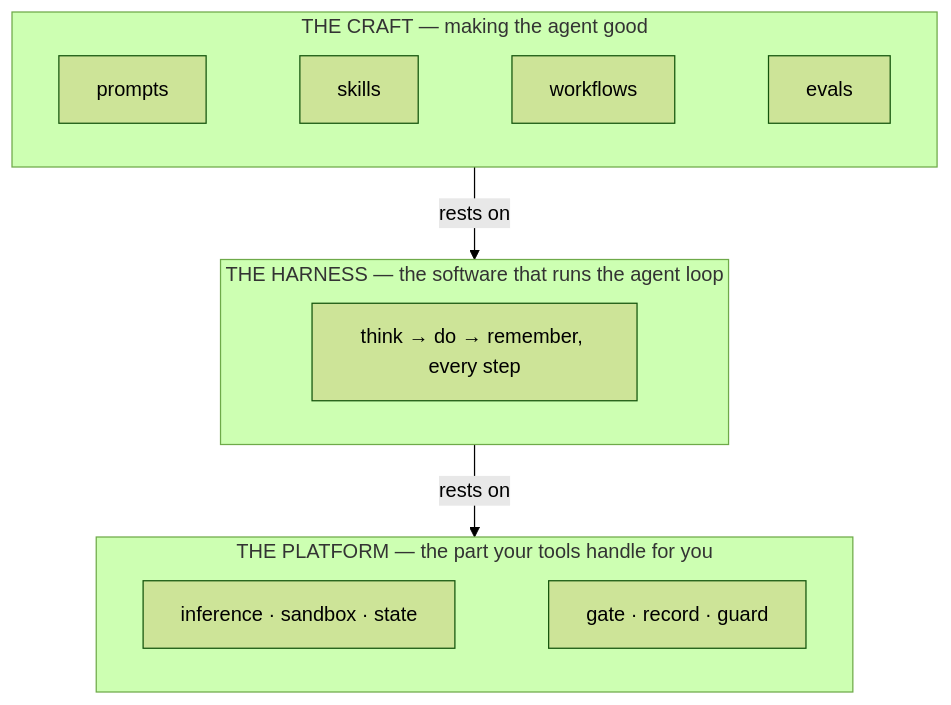
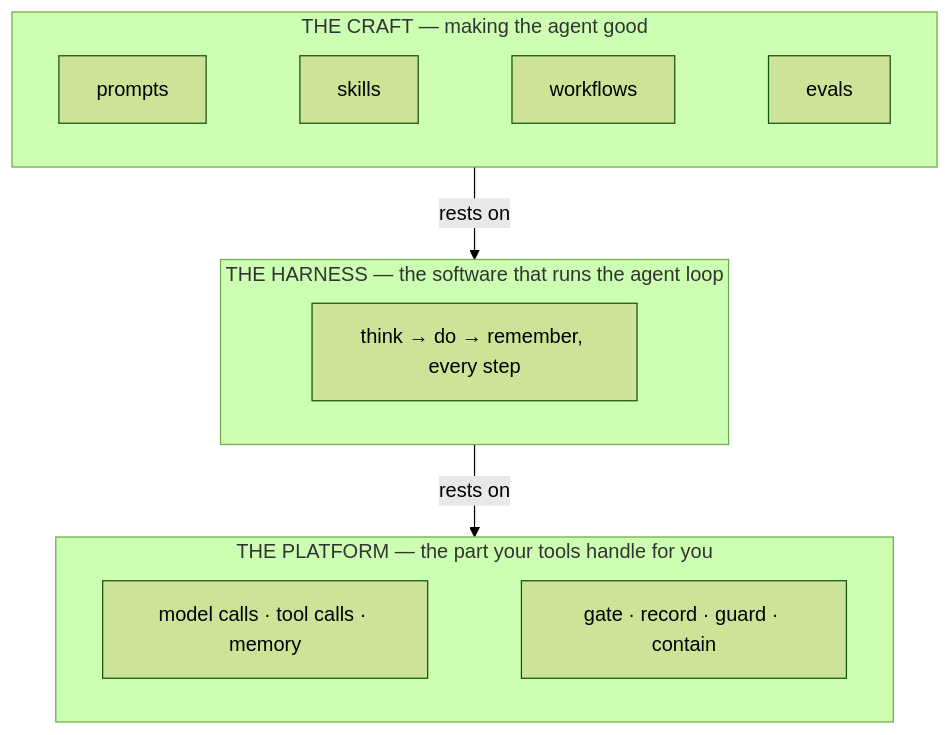
One commit to tilsley/creance changed the fourth of 15 diagrams in docs/stack-slides.md. Above: the diagram before and after it, drawn with Mermaid (forest theme). The commit also changed other lines of this file, not shown here.

First line of the commit message:
docs(slides): rework model — 3 primitives (model/tool/memory), add 'contain' control

````diff
--- a/docs/stack-slides.md
+++ b/docs/stack-slides.md
@@ -51,16 +51,16 @@
 ```mermaid
 flowchart TB
   subgraph CRAFT["THE CRAFT — making the agent good"]
     direction LR
     Pr["prompts"] ~~~ Sk["skills"] ~~~ Wf["workflows"] ~~~ Ev["evals"]
   end
   subgraph HARNESS["THE HARNESS — the software that runs the agent loop"]
     L["think → do → remember, every step"]
   end
   subgraph PLATFORM["THE PLATFORM — the part your tools handle for you"]
     direction LR
-    P["inference · sandbox · state"] ~~~ Ct["gate · record · guard"]
+    P["model calls · tool calls · memory"] ~~~ Ct["gate · record · guard · contain"]
   end
   CRAFT -->|"rests on"| HARNESS
   HARNESS -->|"rests on"| PLATFORM
 ```
````
